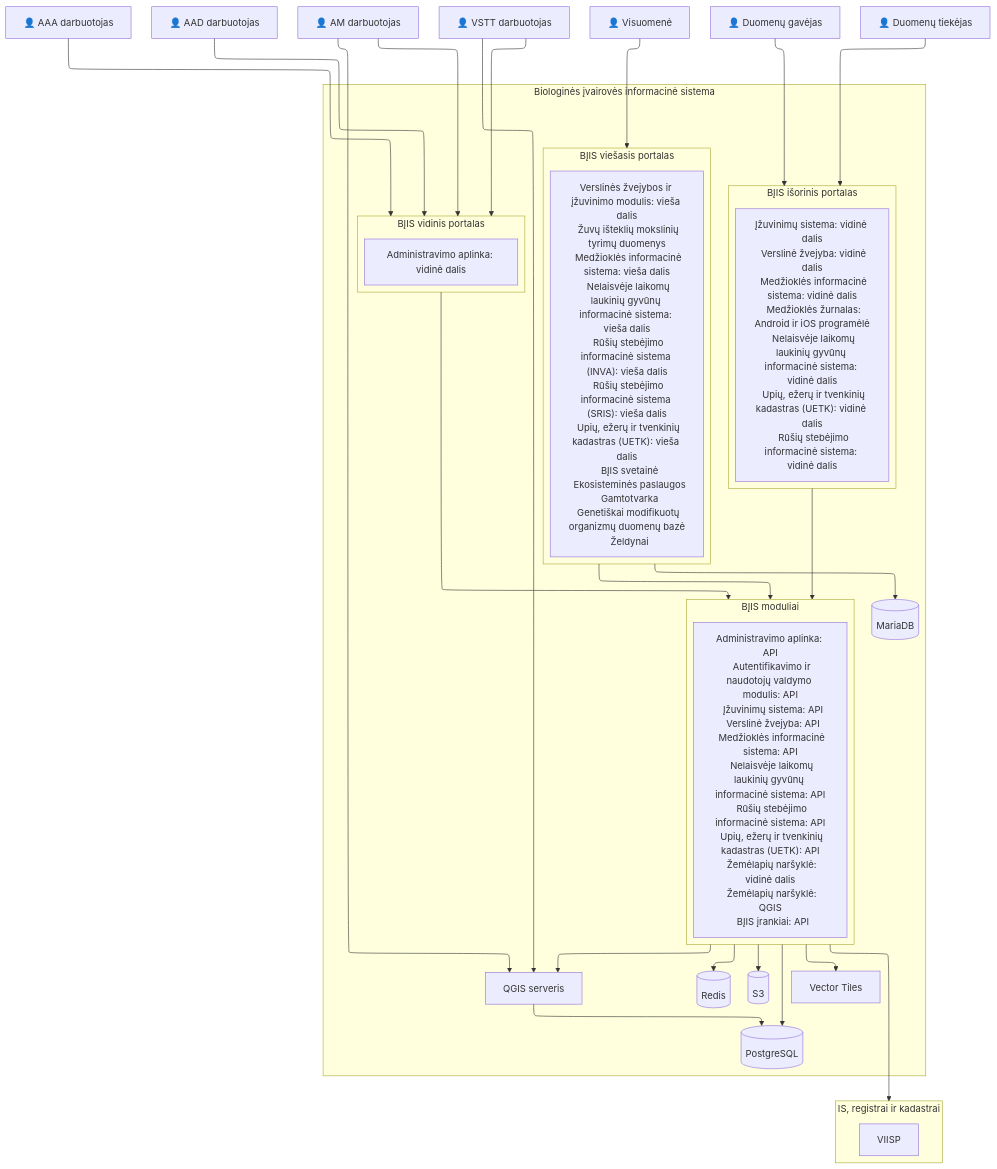
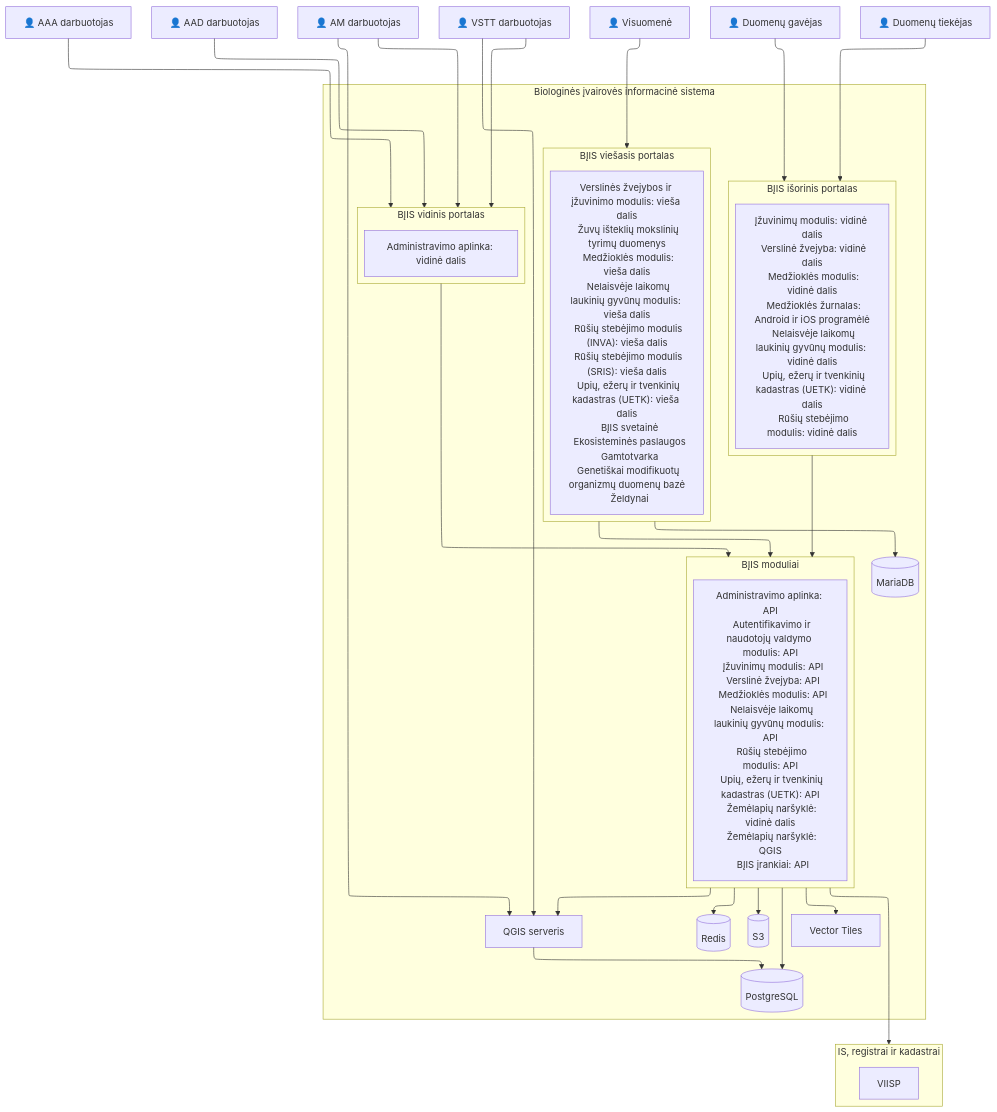
Before and after one commit to AplinkosMinisterija/biip-docs: the diagram in src/schema.md, drawn with Mermaid.

```diff
--- a/src/schema.md
+++ b/src/schema.md
@@ -15,22 +15,22 @@
 end
 
 subgraph web["BĮIS išorinis portalas"]
-  all_web["Įžuvinimų sistema: vidinė dalis
+  all_web["Įžuvinimų modulis: vidinė dalis
   Verslinė žvejyba: vidinė dalis
-  Medžioklės informacinė sistema: vidinė dalis
+  Medžioklės modulis: vidinė dalis
   Medžioklės žurnalas: Android ir iOS programėlė
-  Nelaisvėje laikomų laukinių gyvūnų informacinė sistema: vidinė dalis
+  Nelaisvėje laikomų laukinių gyvūnų modulis: vidinė dalis
   Upių, ežerų ir tvenkinių kadastras (UETK): vidinė dalis
-  Rūšių stebėjimo informacinė sistema: vidinė dalis"]
+  Rūšių stebėjimo modulis: vidinė dalis"]
 end
 
 subgraph public["BĮIS viešasis portalas"]
   all_public["Verslinės žvejybos ir įžuvinimo modulis: vieša dalis
   Žuvų išteklių mokslinių tyrimų duomenys
-  Medžioklės informacinė sistema: vieša dalis
-  Nelaisvėje laikomų laukinių gyvūnų informacinė sistema: vieša dalis
-  Rūšių stebėjimo informacinė sistema (INVA): vieša dalis
-  Rūšių stebėjimo informacinė sistema (SRIS): vieša dalis
+  Medžioklės modulis: vieša dalis
+  Nelaisvėje laikomų laukinių gyvūnų modulis: vieša dalis
+  Rūšių stebėjimo modulis (INVA): vieša dalis
+  Rūšių stebėjimo modulis (SRIS): vieša dalis
   Upių, ežerų ir tvenkinių kadastras (UETK): vieša dalis
   BĮIS svetainė
   Ekosisteminės paslaugos
@@ -42,11 +42,11 @@
 subgraph api["BĮIS moduliai"]
   all_api["Administravimo aplinka: API
   Autentifikavimo ir naudotojų valdymo modulis: API
-  Įžuvinimų sistema: API
+  Įžuvinimų modulis: API
   Verslinė žvejyba: API
-  Medžioklės informacinė sistema: API
-  Nelaisvėje laikomų laukinių gyvūnų informacinė sistema: API
-  Rūšių stebėjimo informacinė sistema: API
+  Medžioklės modulis: API
+  Nelaisvėje laikomų laukinių gyvūnų modulis: API
+  Rūšių stebėjimo modulis: API
   Upių, ežerų ir tvenkinių kadastras (UETK): API
   Žemėlapių naršyklė: vidinė dalis
   Žemėlapių naršyklė: QGIS
```
